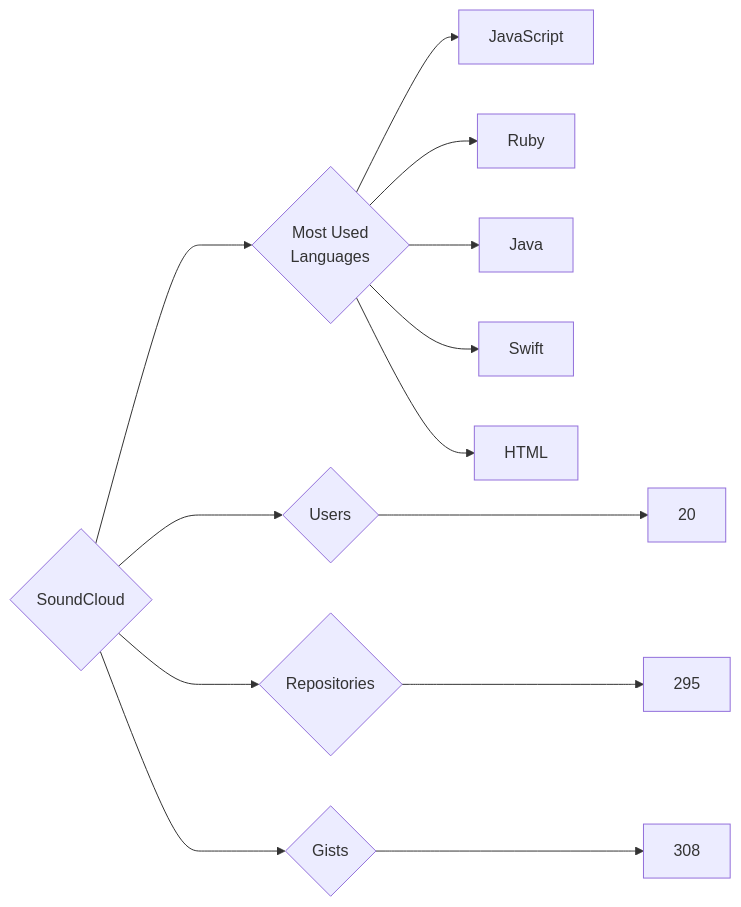
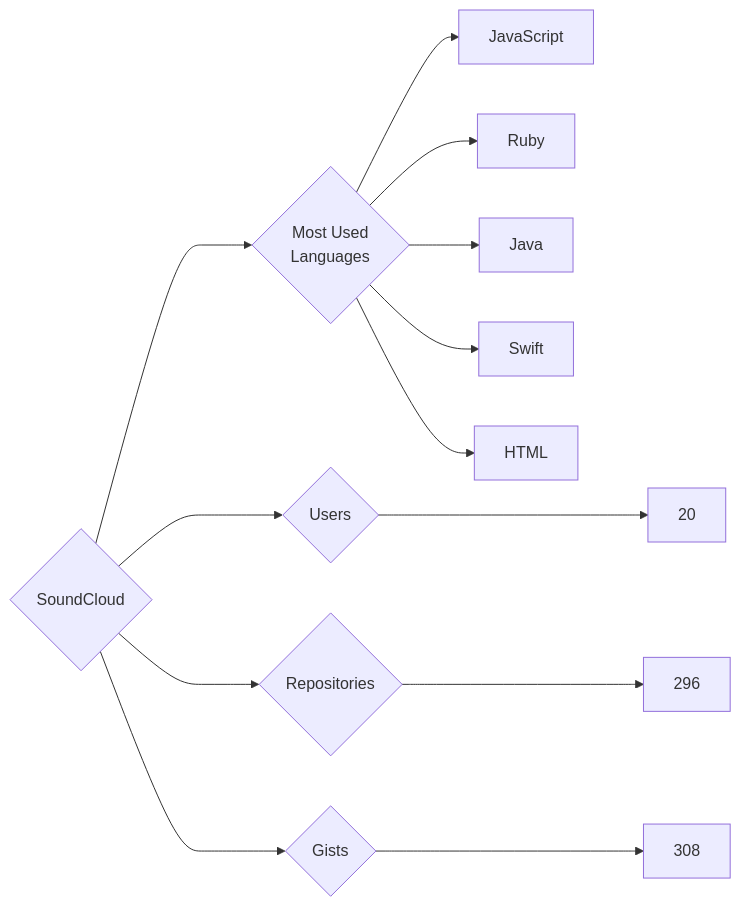
Before and after one commit to trickest/insiders: the diagram in targets/SoundCloud/README.md, drawn with Mermaid. The commit also changed 682 other files, not shown here.

````diff
--- a/targets/SoundCloud/README.md
+++ b/targets/SoundCloud/README.md
@@ -3,13 +3,13 @@
 ```mermaid
 graph LR
 COMPANY_NAME{SoundCloud}
 COMPANY_NAME ---> U{Users} ---> UN[20]
-COMPANY_NAME ---> R{Repositories} ---> RN[295]
+COMPANY_NAME ---> R{Repositories} ---> RN[296]
 COMPANY_NAME ---> G{Gists} ---> GN[308]
 COMPANY_NAME ---> ML{Most Used<br>Languages}
 ML --> JavaScript[JavaScript]
 ML --> Ruby[Ruby]
 ML --> Java[Java]
 ML --> Swift[Swift]
 ML --> HTML[HTML]
 ```
````
